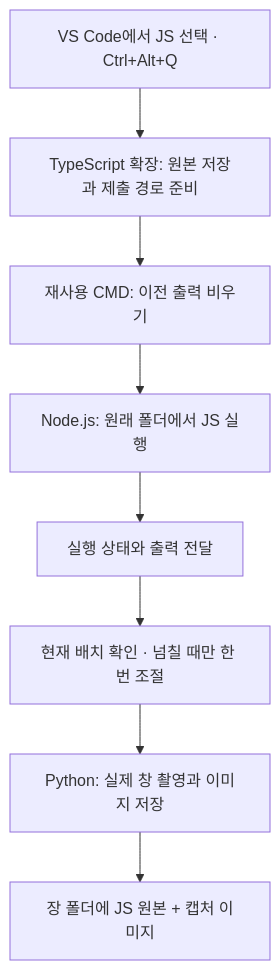
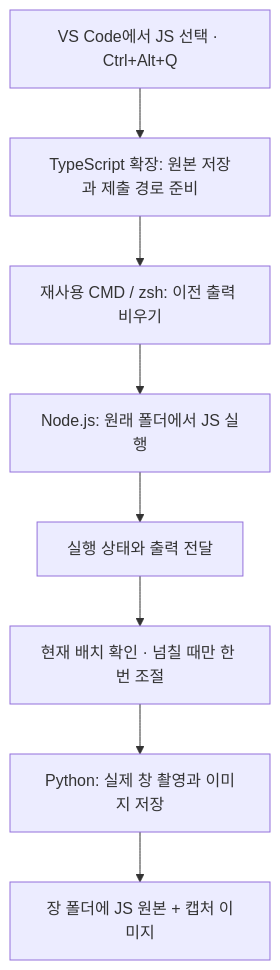
Before and after one commit to Blaze828/automation-capture: the diagram in README.md, drawn with Mermaid. The commit also changed other lines of this file and 31 other files, not shown here.

````diff
--- a/README.md
+++ b/README.md
@@ -221,10 +258,10 @@
 ```mermaid
 flowchart TD
     A["VS Code에서 JS 선택 · Ctrl+Alt+Q"] --> B["TypeScript 확장: 원본 저장과 제출 경로 준비"]
-    B --> C["재사용 CMD: 이전 출력 비우기"]
+    B --> C["재사용 CMD / zsh: 이전 출력 비우기"]
     C --> D["Node.js: 원래 폴더에서 JS 실행"]
     D --> E["실행 상태와 출력 전달"]
     E --> F["현재 배치 확인 · 넘칠 때만 한 번 조절"]
     F --> G["Python: 실제 창 촬영과 이미지 저장"]
     G --> H["장 폴더에 JS 원본 + 캡처 이미지"]
 ```
````
